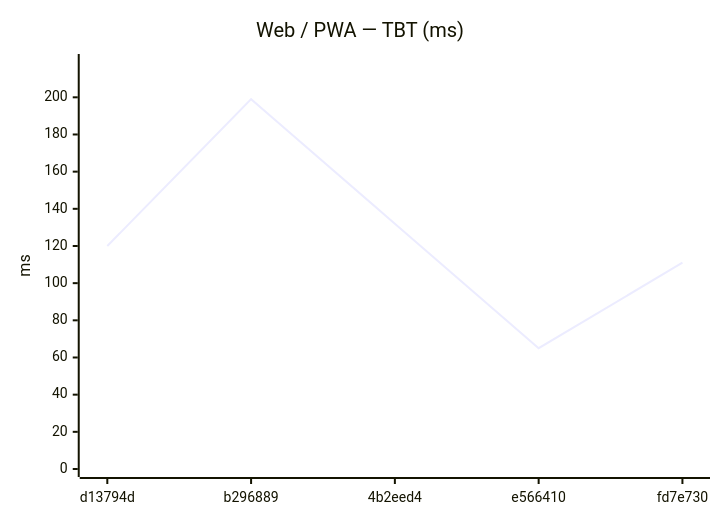
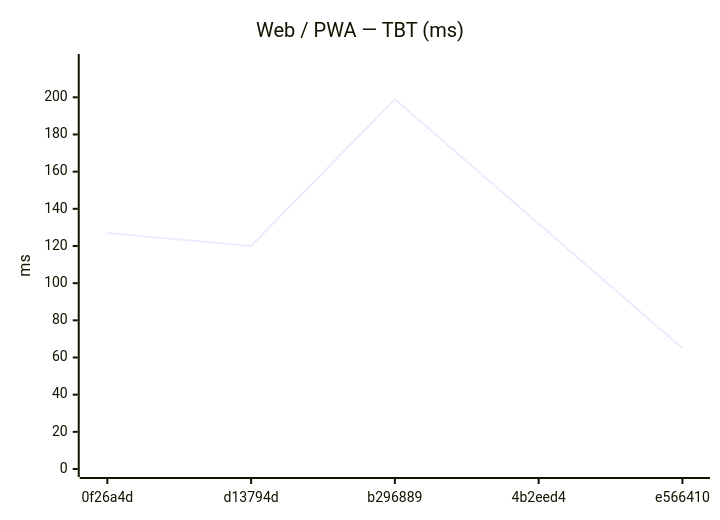
One commit to Metaheurist/Rianell changed the eighth of 18 diagrams in benchmarks/compare.md. Above: the diagram before and after it, drawn with Mermaid. The commit also changed other lines of this file and 11 other files, not shown here.

````diff
--- a/benchmarks/compare.md
+++ b/benchmarks/compare.md
@@ -124,7 +124,7 @@
 ```mermaid
 xychart-beta
     title "Web / PWA — TBT (ms)"
-    x-axis ["d13794d", "b296889", "4b2eed4", "e566410", "fd7e730"]
+    x-axis ["0f26a4d", "d13794d", "b296889", "4b2eed4", "e566410"]
     y-axis "ms" 0 --> 219
-    line [120, 199, 132, 65, 111]
+    line [127, 120, 199, 132, 65]
 ```
````
